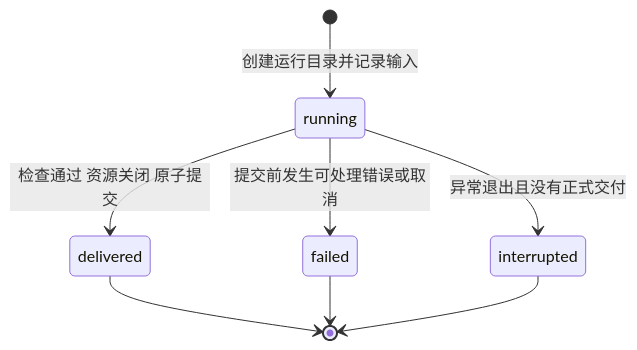
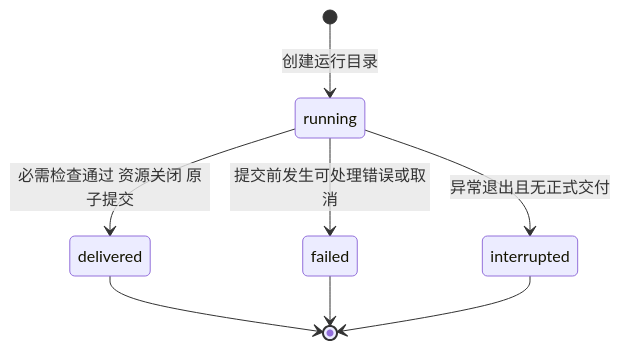
Before and after one commit to Jack7510/ggb-plugins: the third of 3 diagrams in docs/ggb-plugins-design.md, drawn with Mermaid. The commit also changed other lines of this file and 6 other files, not shown here.

````diff
--- a/docs/ggb-plugins-design.md
+++ b/docs/ggb-plugins-design.md
@@ -233,10 +139,10 @@
 ```mermaid
 stateDiagram-v2
-  [*] --> running: 创建运行目录并记录输入
-  running --> delivered: 检查通过 资源关闭 原子提交
+  [*] --> running: 创建运行目录
+  running --> delivered: 必需检查通过 资源关闭 原子提交
   running --> failed: 提交前发生可处理错误或取消
-  running --> interrupted: 异常退出且没有正式交付
+  running --> interrupted: 异常退出且无正式交付
   delivered --> [*]
   failed --> [*]
   interrupted --> [*]
 ```
````
